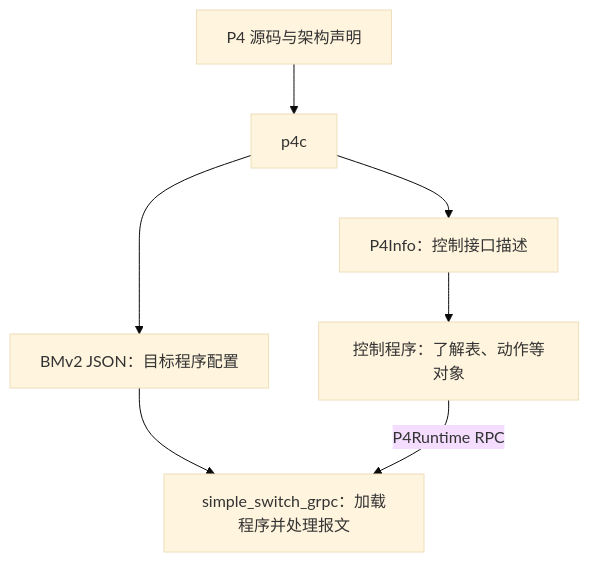
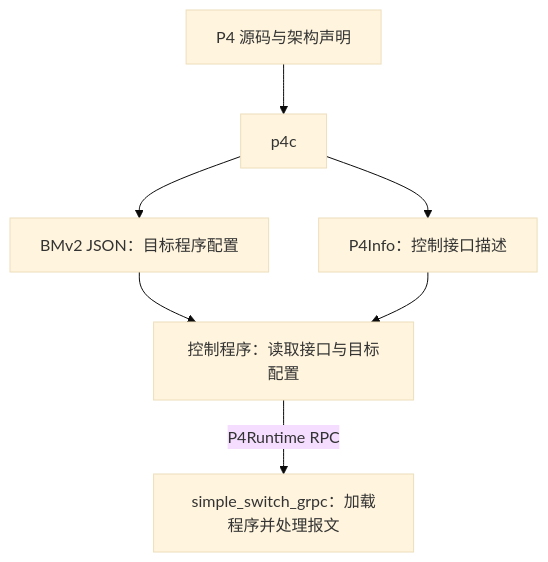
The second of 2 diagrams in docs/02-P4概述.md (zhh2001/p4-language-guide-zh), drawn with Mermaid (base theme) before and after one commit. The commit also changed other lines of this file, not shown here.

````diff
--- a/docs/02-P4概述.md
+++ b/docs/02-P4概述.md
@@ -120,9 +120,9 @@
 ```mermaid
 flowchart TB
     P[P4 源码与架构声明] --> C[p4c]
     C --> J[BMv2 JSON：目标程序配置]
     C --> I[P4Info：控制接口描述]
-    J --> S[simple_switch_grpc：加载程序并处理报文]
-    I --> A[控制程序：了解表、动作等对象]
-    A -->|P4Runtime RPC| S
+    J --> A[控制程序：读取接口与目标配置]
+    I --> A
+    A -->|P4Runtime RPC| S[simple_switch_grpc：加载程序并处理报文]
 ```
````
